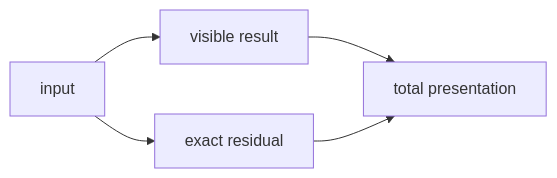
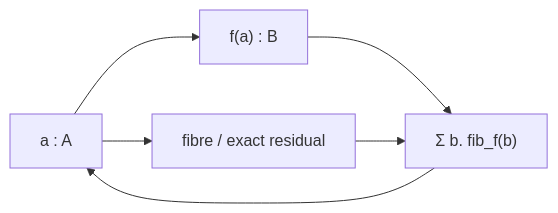
One commit to avikj/metacircular-interaction-prototype changed the third of 6 diagrams in collab/bend2-cubical/BEND_HVM_COMPUTATIONAL_UNIVALENCE.md. Above: the diagram before and after it, drawn with Mermaid. The commit also changed other lines of this file, not shown here.

````diff
--- a/collab/bend2-cubical/BEND_HVM_COMPUTATIONAL_UNIVALENCE.md
+++ b/collab/bend2-cubical/BEND_HVM_COMPUTATIONAL_UNIVALENCE.md
@@ -234,7 +213,8 @@
 ```mermaid
 flowchart LR
-  A["input"] --> B["visible result"]
-  A --> R["exact residual"]
-  B --> T["total presentation"]
-  R --> T
+  A["a : A"] --> B["f(a) : B"]
+  A --> F["fibre / exact residual"]
+  B --> T["Σ b. fib_f(b)"]
+  F --> T
+  T --> A
 ```
````
